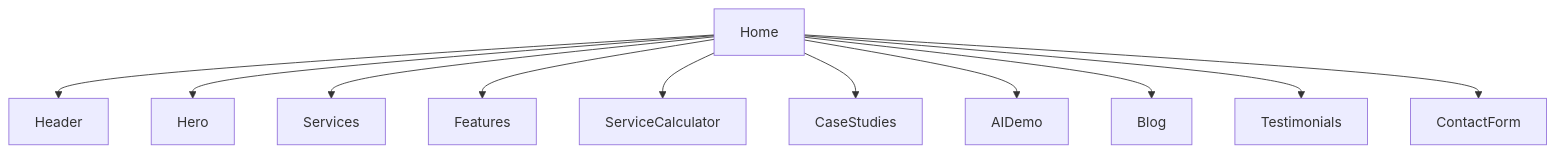
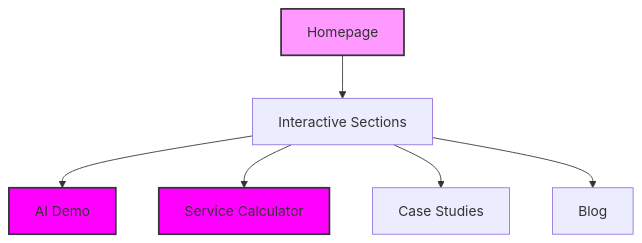
The diagram in README.md (valentelligent/valYOU_landing_page), drawn with Mermaid before and after one commit. The commit also changed other lines of this file and 2 other files, not shown here.

Commit message:
Agent query: Please verify if the following UI enhancements are working correctly: 1. Gradient text animation in hero section 2. Enhanced button hover effects 3. Floating labels in contact form 4. Card hover animations 5. Overall modern look and feel

````diff
--- a/README.md
+++ b/README.md
@@ -7,13 +9,12 @@
 ```mermaid
 graph TD
-    A[Home] --> B[Header]
-    A --> C[Hero]
-    A --> D[Services]
-    A --> E[Features]
-    A --> F[ServiceCalculator]
-    A --> G[CaseStudies]
-    A --> H[AIDemo]
-    A --> I[Blog]
-    A --> J[Testimonials]
-    A --> K[ContactForm]
+    A[Homepage] --> B[Interactive Sections]
+    B --> C[AI Demo]
+    B --> D[Service Calculator]
+    B --> E[Case Studies]
+    B --> F[Blog]
+    
+    style A fill:#f9f,stroke:#333,stroke-width:2px
+    style C fill:#f0f,stroke:#333,stroke-width:2px
+    style D fill:#f0f,stroke:#333,stroke-width:2px
 ```
````
